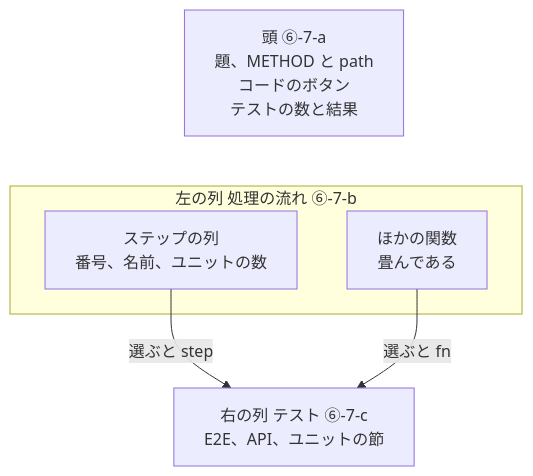
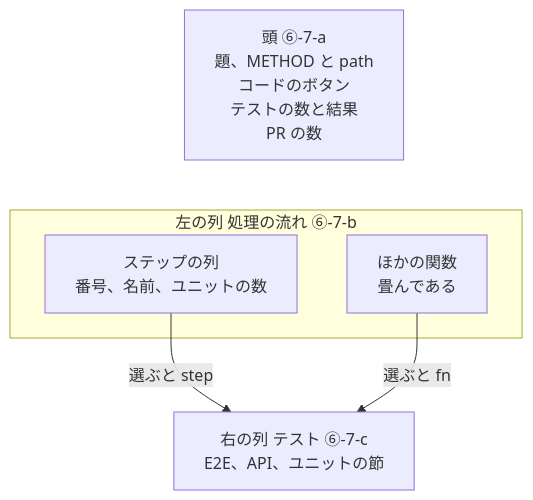
Before and after one commit to maronnjapan/maronn-openid-connect: diagram 23 of 42 in apps/tests/docs/06-viewer.md, drawn with Mermaid. The commit also changed other lines of this file and 11 other files, not shown here.

````diff
--- a/apps/tests/docs/06-viewer.md
+++ b/apps/tests/docs/06-viewer.md
@@ -1170,13 +1727,13 @@
 ```mermaid
 flowchart TB
-  H["頭 ⑥-7-a<br/>題、METHOD と path<br/>コードのボタン<br/>テストの数と結果"]
+  H["頭 ⑥-7-a<br/>題、METHOD と path<br/>コードのボタン<br/>テストの数と結果<br/>PR の数"]
   subgraph FLOW["左の列 処理の流れ ⑥-7-b"]
     S["ステップの列<br/>番号、名前、ユニットの数"]
     O["ほかの関数<br/>畳んである"]
   end
   L["右の列 テスト ⑥-7-c<br/>E2E、API、ユニットの節"]
   H ~~~ S
   H ~~~ O
   S -->|"選ぶと step"| L
   O -->|"選ぶと fn"| L
 ```
````
